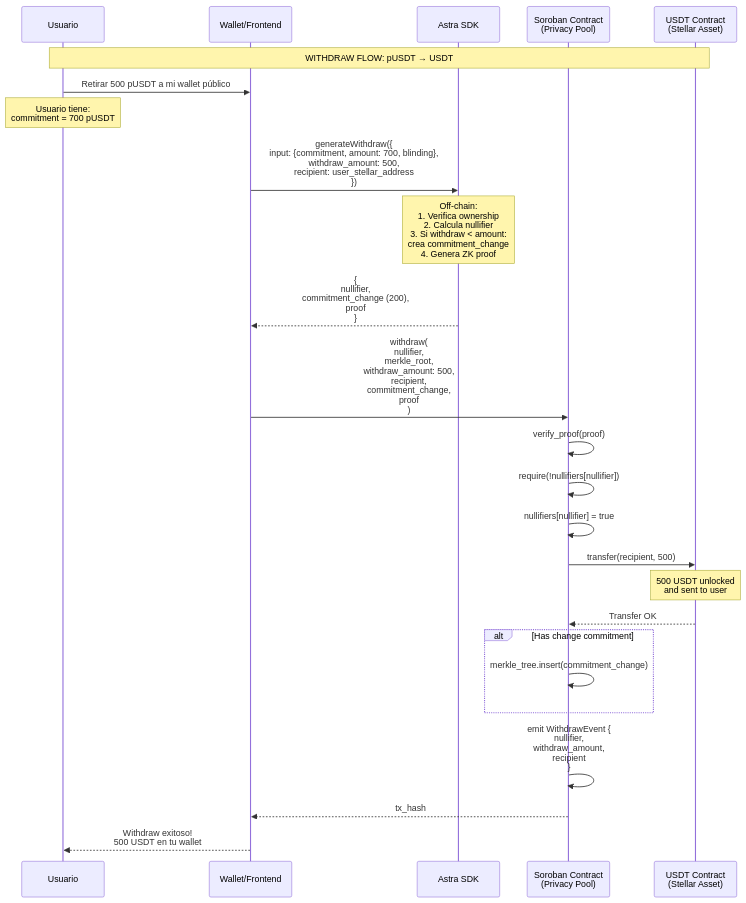
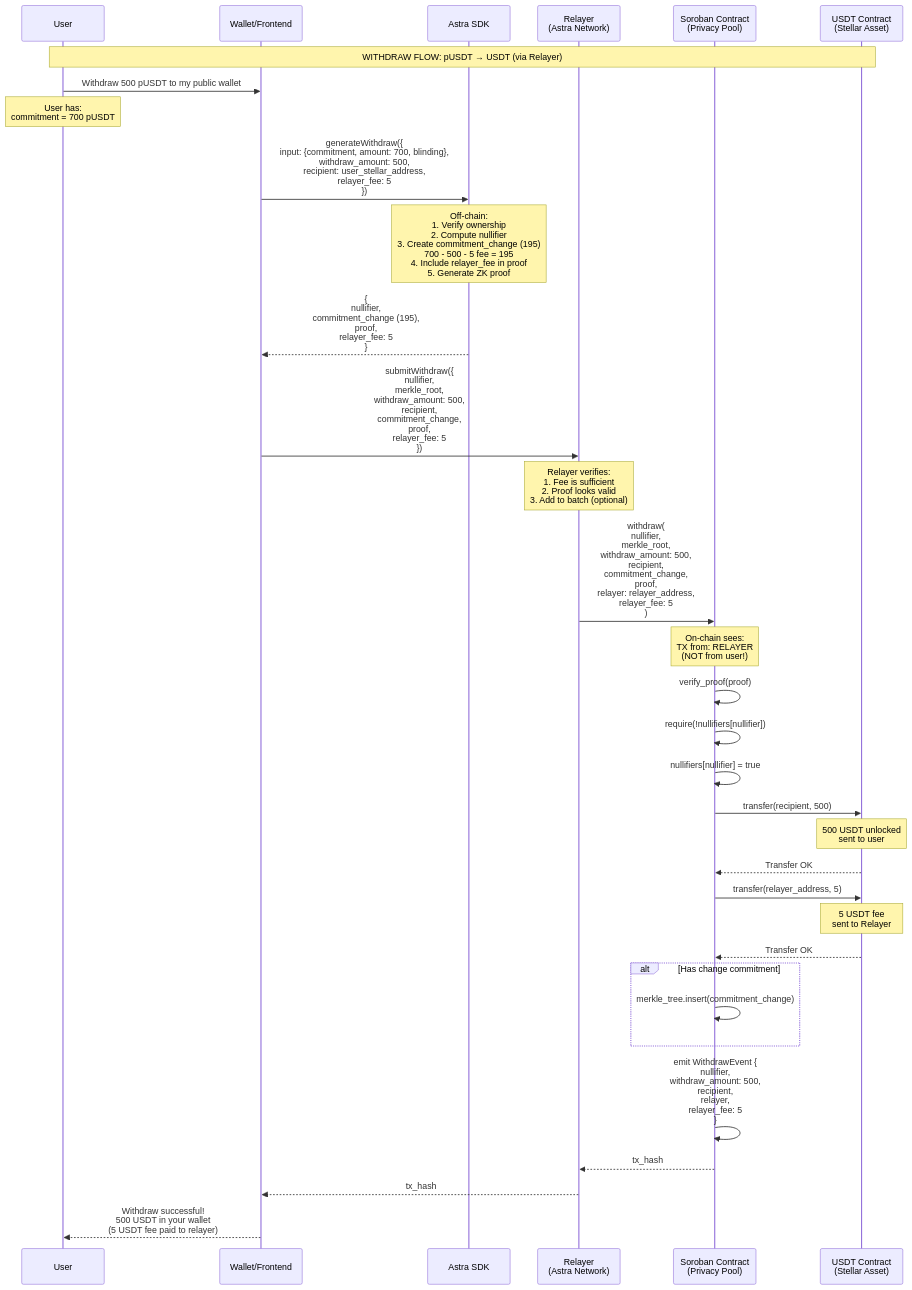
The third of 3 diagrams in packages/circuits/docs/FLOWS.md (francoperez03/astra-zk), drawn with Mermaid before and after one commit. The commit also changed other lines of this file, not shown here.

First line of the commit message:
Translate and update Astra Privacy System flows doc

````diff
--- a/packages/circuits/docs/FLOWS.md
+++ b/packages/circuits/docs/FLOWS.md
@@ -296,48 +296,64 @@
 ```mermaid
 sequenceDiagram
-    participant U as Usuario
+    participant U as User
     participant W as Wallet/Frontend
     participant SDK as Astra SDK
+    participant R as Relayer<br/>(Astra Network)
     participant SC as Soroban Contract<br/>(Privacy Pool)
     participant USDT as USDT Contract<br/>(Stellar Asset)
 
-    Note over U,USDT: WITHDRAW FLOW: pUSDT → USDT
+    Note over U,USDT: WITHDRAW FLOW: pUSDT → USDT (via Relayer)
 
     %% User initiates
-    U->>W: Retirar 500 pUSDT a mi wallet público
+    U->>W: Withdraw 500 pUSDT to my public wallet
 
-    Note over U: Usuario tiene:<br/>commitment = 700 pUSDT
+    Note over U: User has:<br/>commitment = 700 pUSDT
 
     %% Generate proof
-    W->>SDK: generateWithdraw({<br/>  input: {commitment, amount: 700, blinding},<br/>  withdraw_amount: 500,<br/>  recipient: user_stellar_address<br/>})
+    W->>SDK: generateWithdraw({<br/>  input: {commitment, amount: 700, blinding},<br/>  withdraw_amount: 500,<br/>  recipient: user_stellar_address,<br/>  relayer_fee: 5<br/>})
 
-    Note over SDK: Off-chain:<br/>1. Verifica ownership<br/>2. Calcula nullifier<br/>3. Si withdraw < amount:<br/>   crea commitment_change<br/>4. Genera ZK proof
+    Note over SDK: Off-chain:<br/>1. Verify ownership<br/>2. Compute nullifier<br/>3. Create commitment_change (195)<br/>   700 - 500 - 5 fee = 195<br/>4. Include relayer_fee in proof<br/>5. Generate ZK proof
 
-    SDK-->>W: {<br/>  nullifier,<br/>  commitment_change (200),<br/>  proof<br/>}
+    SDK-->>W: {<br/>  nullifier,<br/>  commitment_change (195),<br/>  proof,<br/>  relayer_fee: 5<br/>}
 
-    %% Submit to contract
-    W->>SC: withdraw(<br/>  nullifier,<br/>  merkle_root,<br/>  withdraw_amount: 500,<br/>  recipient,<br/>  commitment_change,<br/>  proof<br/>)
+    %% Send to Relayer (NOT directly to blockchain)
+    W->>R: submitWithdraw({<br/>  nullifier,<br/>  merkle_root,<br/>  withdraw_amount: 500,<br/>  recipient,<br/>  commitment_change,<br/>  proof,<br/>  relayer_fee: 5<br/>})
+
+    Note over R: Relayer verifies:<br/>1. Fee is sufficient<br/>2. Proof looks valid<br/>3. Add to batch (optional)
+
+    %% Relayer submits to blockchain
+    R->>SC: withdraw(<br/>  nullifier,<br/>  merkle_root,<br/>  withdraw_amount: 500,<br/>  recipient,<br/>  commitment_change,<br/>  proof,<br/>  relayer: relayer_address,<br/>  relayer_fee: 5<br/>)
+
+    Note over SC: On-chain sees:<br/>TX from: RELAYER<br/>(NOT from user!)
 
     %% Verification
     SC->>SC: verify_proof(proof)
     SC->>SC: require(!nullifiers[nullifier])
     SC->>SC: nullifiers[nullifier] = true
 
-    %% Transfer USDT back
+    %% Transfer USDT to user
     SC->>USDT: transfer(recipient, 500)
 
-    Note over USDT: 500 USDT unlocked<br/>and sent to user
+    Note over USDT: 500 USDT unlocked<br/>sent to user
+
+    USDT-->>SC: Transfer OK
+
+    %% Pay Relayer fee
+    SC->>USDT: transfer(relayer_address, 5)
+
+    Note over USDT: 5 USDT fee<br/>sent to Relayer
 
     USDT-->>SC: Transfer OK
 
     %% Update if there's change
     alt Has change commitment
         SC->>SC: merkle_tree.insert(commitment_change)
     end
 
     %% Emit event
-    SC->>SC: emit WithdrawEvent {<br/>  nullifier,<br/>  withdraw_amount,<br/>  recipient<br/>}
+    SC->>SC: emit WithdrawEvent {<br/>  nullifier,<br/>  withdraw_amount: 500,<br/>  recipient,<br/>  relayer,<br/>  relayer_fee: 5<br/>}
 
-    SC-->>W: tx_hash
-    W-->>U: Withdraw exitoso!<br/>500 USDT en tu wallet
+    SC-->>R: tx_hash
+    R-->>W: tx_hash
+    W-->>U: Withdraw successful!<br/>500 USDT in your wallet<br/>(5 USDT fee paid to relayer)
 ```
````
